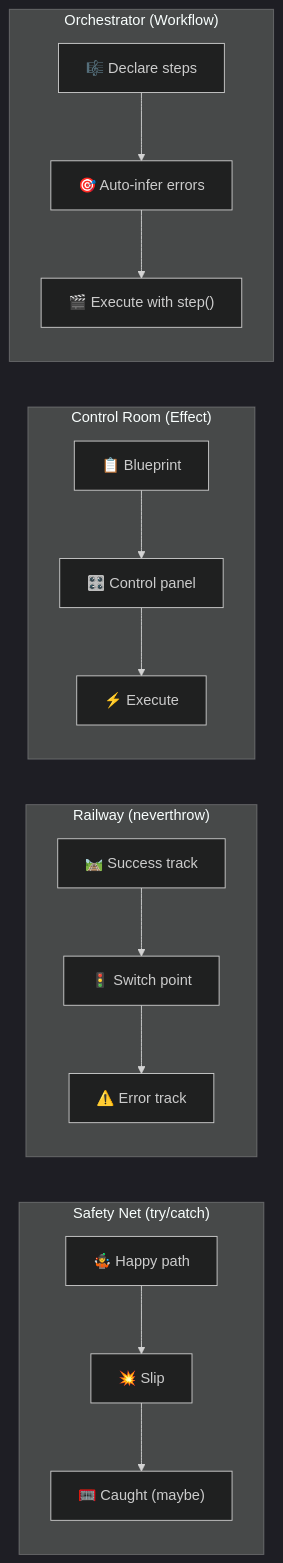
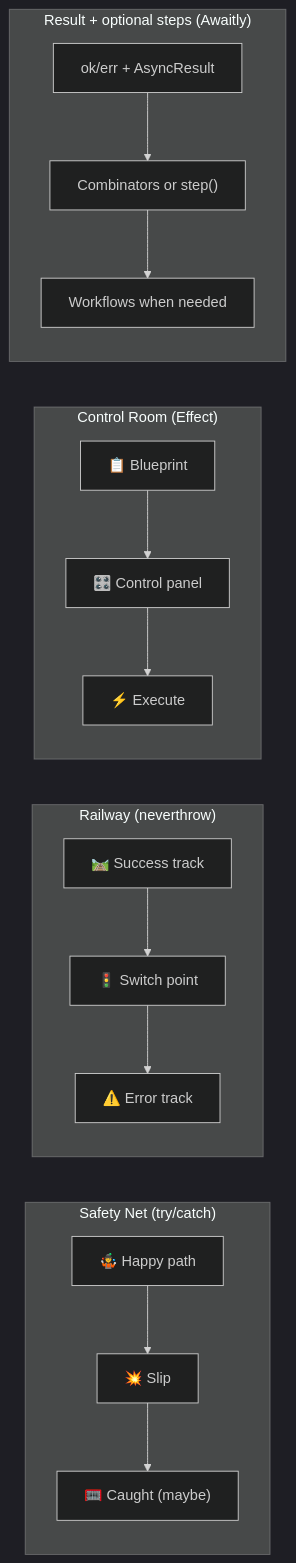
One commit to jagreehal/trycatch-vs-neverthrow-vs-effect changed the third of 10 diagrams in README.md. Above: the diagram before and after it, drawn with Mermaid (dark theme). The commit also changed other lines of this file and 32 other files, not shown here.

````diff
--- a/README.md
+++ b/README.md
@@ -92,34 +179,34 @@
 ```mermaid
 graph LR
     subgraph "Safety Net (try/catch)"
         A1["🤹 Happy path"]
         A2["💥 Slip"]
         A3["🥅 Caught (maybe)"]
         A1 --> A2
         A2 --> A3
     end
 
     subgraph "Railway (neverthrow)"
         B1["🛤️ Success track"]
         B2["🚦 Switch point"]
         B3["⚠️ Error track"]
         B1 --> B2
         B2 --> B3
     end
 
     subgraph "Control Room (Effect)"
         C1["📋 Blueprint"]
         C2["🎛️ Control panel"]
         C3["⚡ Execute"]
         C1 --> C2
         C2 --> C3
     end
 
-    subgraph "Orchestrator (Workflow)"
-        D1["🎼 Declare steps"]
-        D2["🎯 Auto-infer errors"]
-        D3["🎬 Execute with step()"]
+    subgraph "Result + optional steps (Awaitly)"
+        D1["ok/err + AsyncResult"]
+        D2["Combinators or step()"]
+        D3["Workflows when needed"]
         D1 --> D2
         D2 --> D3
     end
 ```
````
